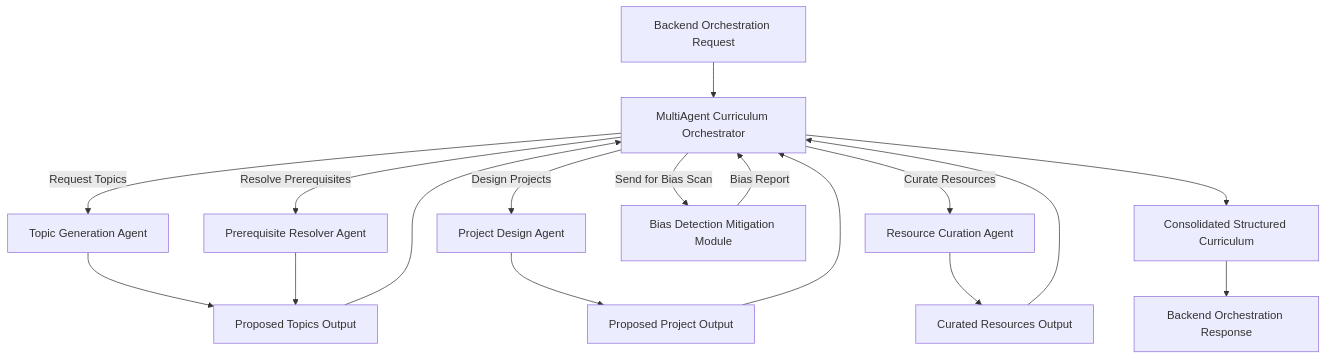
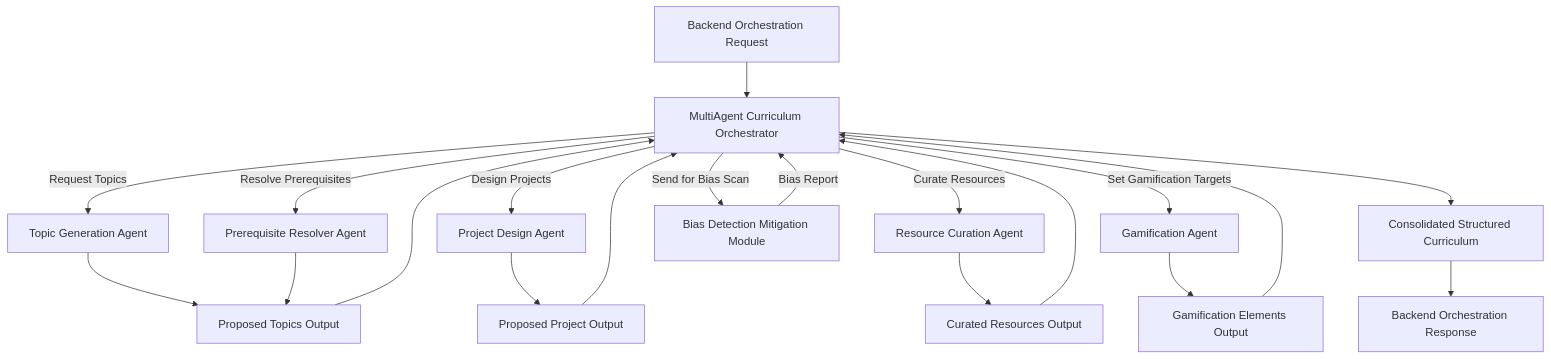
Diagram 11 of 11 in inventions/028_ai_personalized_education_path.md (diplomat-bit/Citibank_Demo_Business_Inc_Demonstration-), drawn with Mermaid before and after one commit. The commit also changed other lines of this file, not shown here.

````diff
--- a/inventions/028_ai_personalized_education_path.md
+++ b/inventions/028_ai_personalized_education_path.md
@@ -250,23 +416,26 @@
 ```mermaid
 graph TD
     A[Backend Orchestration Request] --> B[MultiAgent Curriculum Orchestrator];
     B -- Request Topics --> C[Topic Generation Agent];
     B -- Resolve Prerequisites --> D[Prerequisite Resolver Agent];
     B -- Design Projects --> E[Project Design Agent];
     B -- Curate Resources --> F[Resource Curation Agent];
+    B -- Set Gamification Targets --> G[Gamification Agent];
 
-    C --> G[Proposed Topics Output];
-    D --> G;
-    E --> H[Proposed Project Output];
-    F --> I[Curated Resources Output];
+    C --> H[Proposed Topics Output];
+    D --> H;
+    E --> I[Proposed Project Output];
+    F --> J[Curated Resources Output];
+    G --> K[Gamification Elements Output];
 
-    G --> B;
     H --> B;
     I --> B;
+    J --> B;
+    K --> B;
 
-    B -- Send for Bias Scan --> J[Bias Detection Mitigation Module];
-    J -- Bias Report --> B;
+    B -- Send for Bias Scan --> L[Bias Detection Mitigation Module];
+    L -- Bias Report --> B;
 
-    B --> K[Consolidated Structured Curriculum];
-    K --> L[Backend Orchestration Response];
+    B --> M[Consolidated Structured Curriculum];
+    M --> N[Backend Orchestration Response];
 ```
````
